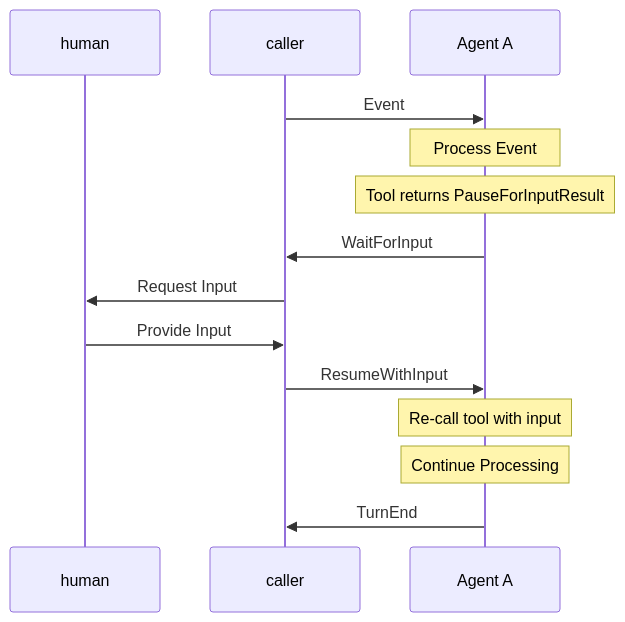
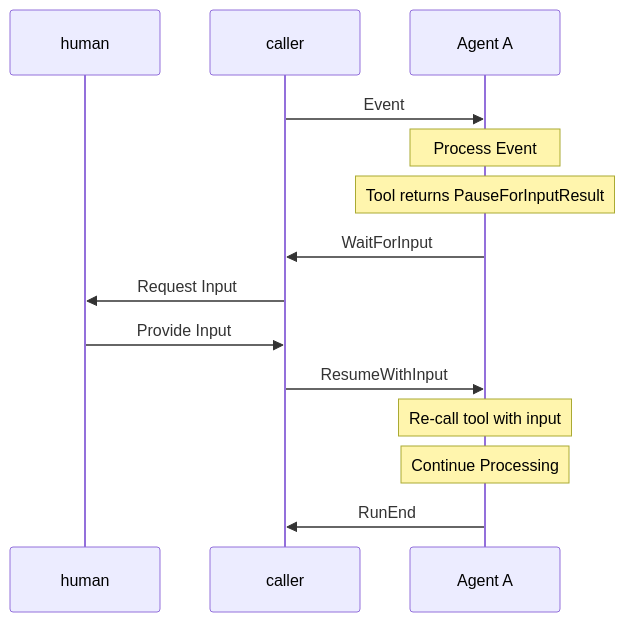
One commit to supercog-ai/agentic changed the second of 3 diagrams in docs/Internals.md. Above: the diagram before and after it, drawn with Mermaid. The commit also changed other lines of this file and 39 other files, not shown here.

Commit message:
renamed all turn relevant instances to run

````diff
--- a/docs/Internals.md
+++ b/docs/Internals.md
@@ -109,18 +109,18 @@
 ```mermaid
 %% Case 2: Pause for Human Input
 sequenceDiagram
     participant human
     participant caller
     participant Agent A
     
     caller->>Agent A: Event
     Note over Agent A: Process Event
     Note over Agent A: Tool returns PauseForInputResult
     Agent A->>caller: WaitForInput
     caller->>human: Request Input
     human->>caller: Provide Input
     caller->>Agent A: ResumeWithInput
     Note over Agent A: Re-call tool with input
     Note over Agent A: Continue Processing
-    Agent A->>caller: TurnEnd
+    Agent A->>caller: RunEnd
 ```
````
